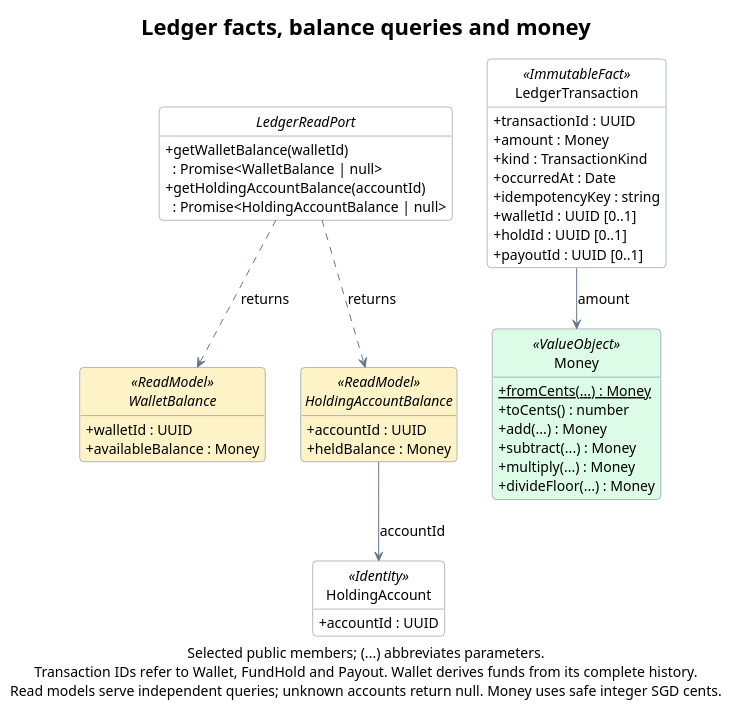
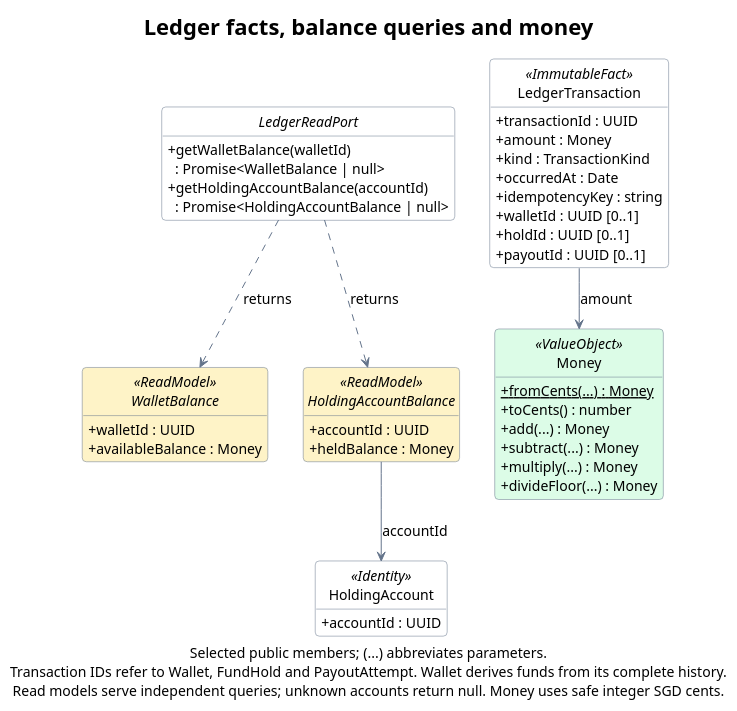
One commit to rbrishi15/booking-web-manager changed the diagram in docs/diagrams/domain-ledger.puml. Above: the diagram before and after it, drawn with PlantUML. The commit also changed 33 other files, not shown here.

```diff
--- a/docs/diagrams/domain-ledger.puml
+++ b/docs/diagrams/domain-ledger.puml
@@ -1,71 +1,71 @@
 @startuml domain-ledger
 title Ledger facts, balance queries and money
 
 top to bottom direction
 hide empty members
 hide circle
 skinparam backgroundColor #FFFFFF
 skinparam shadowing false
 skinparam roundcorner 8
 skinparam defaultFontName SansSerif
 skinparam defaultFontSize 14
 skinparam titleFontSize 22
 skinparam ArrowColor #64748B
 skinparam classBorderColor #64748B
 skinparam classBackgroundColor #FFFFFF
 skinparam classBackgroundColor<<ValueObject>> #DCFCE7
 skinparam classBackgroundColor<<ReadModel>> #FEF3C7
 skinparam classAttributeIconSize 0
 skinparam linetype polyline
 skinparam nodesep 35
 skinparam ranksep 40
 
 interface LedgerReadPort {
   +getWalletBalance(walletId)\n  : Promise<WalletBalance | null>
   +getHoldingAccountBalance(accountId)\n  : Promise<HoldingAccountBalance | null>
 }
 
 interface WalletBalance <<ReadModel>> {
   +walletId : UUID
   +availableBalance : Money
 }
 
 interface HoldingAccountBalance <<ReadModel>> {
   +accountId : UUID
   +heldBalance : Money
 }
 
 class HoldingAccount <<Identity>> {
   +accountId : UUID
 }
 
 class LedgerTransaction <<ImmutableFact>> {
   +transactionId : UUID
   +amount : Money
   +kind : TransactionKind
   +occurredAt : Date
   +idempotencyKey : string
   +walletId : UUID [0..1]
   +holdId : UUID [0..1]
   +payoutId : UUID [0..1]
 }
 
 class Money <<ValueObject>> {
   {static} +fromCents(...) : Money
   +toCents() : number
   +add(...) : Money
   +subtract(...) : Money
   +multiply(...) : Money
   +divideFloor(...) : Money
 }
 
 LedgerReadPort .down.> WalletBalance : returns
 LedgerReadPort .down.> HoldingAccountBalance : returns
 HoldingAccountBalance -down-> HoldingAccount : accountId
 LedgerTransaction -down-> Money : amount
 LedgerReadPort -[hidden]right- LedgerTransaction
 WalletBalance -[hidden]right- HoldingAccountBalance
 HoldingAccountBalance -[hidden]right- Money
 
-caption Selected public members; (...) abbreviates parameters.\nTransaction IDs refer to Wallet, FundHold and Payout. Wallet derives funds from its complete history.\nRead models serve independent queries; unknown accounts return null. Money uses safe integer SGD cents.
+caption Selected public members; (...) abbreviates parameters.\nTransaction IDs refer to Wallet, FundHold and PayoutAttempt. Wallet derives funds from its complete history.\nRead models serve independent queries; unknown accounts return null. Money uses safe integer SGD cents.
 @enduml
```
